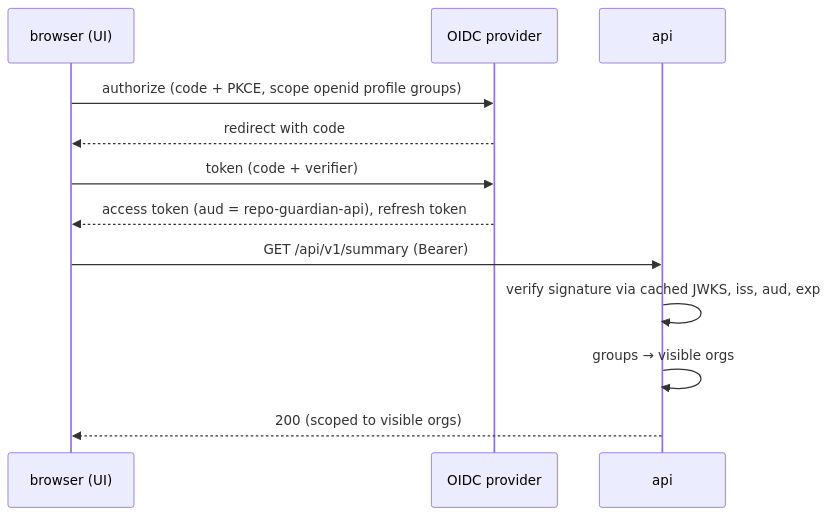
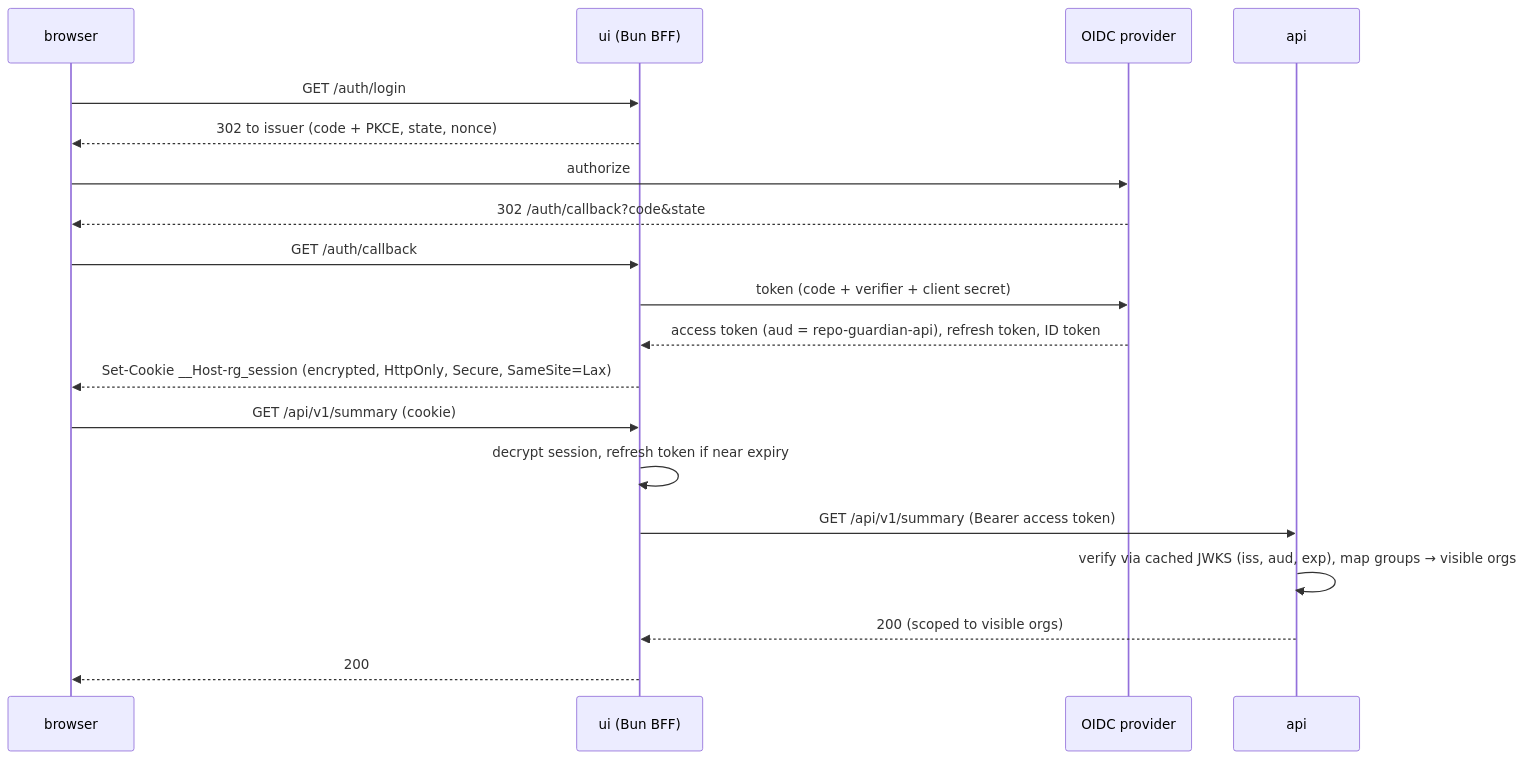
The second of 2 diagrams in docs/design/0027-v2-read-only-api-business-ui-and-status-page.md (donaldgifford/repo-guardian), drawn with Mermaid before and after one commit. The commit also changed other lines of this file and 2 other files, not shown here.

First line of the commit message:
docs(design): resolve DESIGN-0025/0026/0027 open questions; Bun BFF UI in the main chart

````diff
--- a/docs/design/0027-v2-read-only-api-business-ui-and-status-page.md
+++ b/docs/design/0027-v2-read-only-api-business-ui-and-status-page.md
@@ -229,14 +239,21 @@
 ```mermaid
 sequenceDiagram
-  participant B as browser (UI)
+  participant B as browser
+  participant U as ui (Bun BFF)
   participant I as OIDC provider
   participant A as api
-  B->>I: authorize (code + PKCE, scope openid profile groups)
-  I-->>B: redirect with code
-  B->>I: token (code + verifier)
-  I-->>B: access token (aud = repo-guardian-api), refresh token
-  B->>A: GET /api/v1/summary (Bearer)
-  A->>A: verify signature via cached JWKS, iss, aud, exp
-  A->>A: groups → visible orgs
-  A-->>B: 200 (scoped to visible orgs)
+  B->>U: GET /auth/login
+  U-->>B: 302 to issuer (code + PKCE, state, nonce)
+  B->>I: authorize
+  I-->>B: 302 /auth/callback?code&state
+  B->>U: GET /auth/callback
+  U->>I: token (code + verifier + client secret)
+  I-->>U: access token (aud = repo-guardian-api), refresh token, ID token
+  U-->>B: Set-Cookie __Host-rg_session (encrypted, HttpOnly, Secure, SameSite=Lax)
+  B->>U: GET /api/v1/summary (cookie)
+  U->>U: decrypt session, refresh token if near expiry
+  U->>A: GET /api/v1/summary (Bearer access token)
+  A->>A: verify via cached JWKS (iss, aud, exp), map groups → visible orgs
+  A-->>U: 200 (scoped to visible orgs)
+  U-->>B: 200
 ```
````
